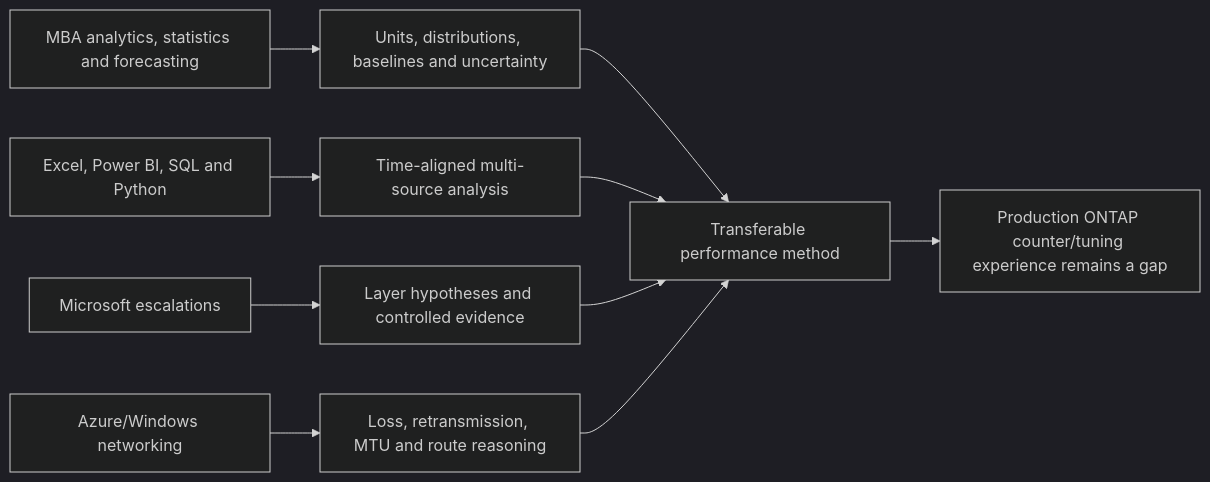
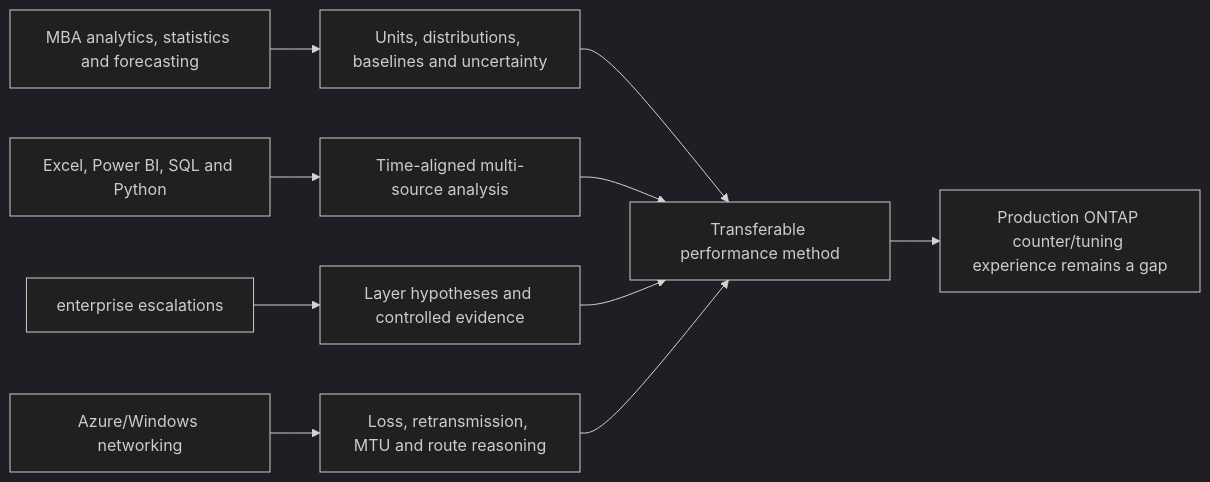
Diagram 25 of 26 in NetApp TAM/prep/Part-76-performance-troubleshooting-scenarios.md (hichauhan-in/Interview-Prep), drawn with Mermaid (dark theme) before and after one commit. The commit also changed other lines of this file and 493 other files, not shown here.

````diff
--- a/NetApp TAM/prep/Part-76-performance-troubleshooting-scenarios.md
+++ b/NetApp TAM/prep/Part-76-performance-troubleshooting-scenarios.md
@@ -638,12 +638,12 @@
 ```mermaid
 flowchart LR
     MBA[MBA analytics, statistics and forecasting] --> QUALITY[Units, distributions, baselines and uncertainty]
     PBI[Excel, Power BI, SQL and Python] --> CORR[Time-aligned multi-source analysis]
-    ESC[Microsoft escalations] --> HYP[Layer hypotheses and controlled evidence]
+    ESC[enterprise escalations] --> HYP[Layer hypotheses and controlled evidence]
     NET[Azure/Windows networking] --> PATH[Loss, retransmission, MTU and route reasoning]
     QUALITY --> TRANS[Transferable performance method]
     CORR --> TRANS
     HYP --> TRANS
     PATH --> TRANS
     TRANS --> GAP[Production ONTAP counter/tuning experience remains a gap]
 ```
````
